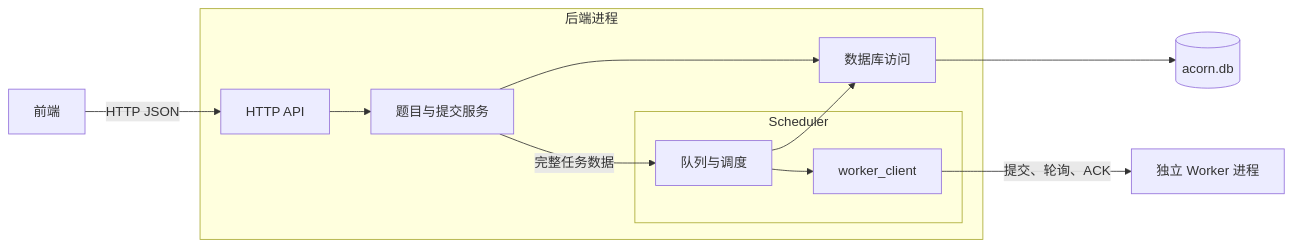
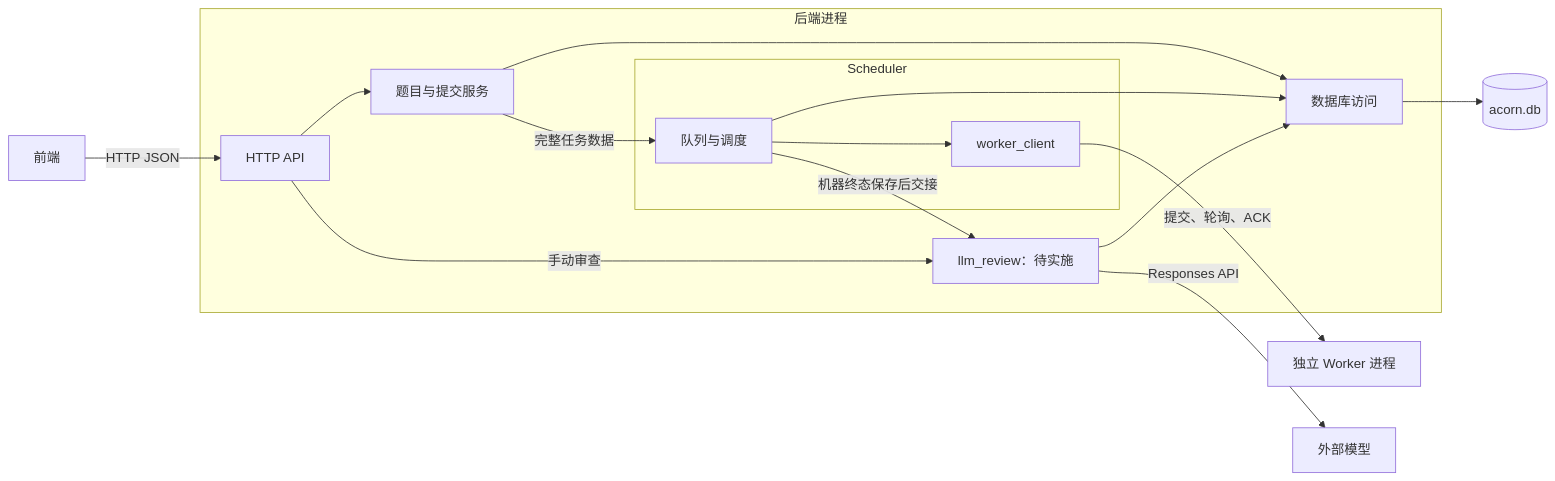
The diagram in docs/03-backend-design.md (Reto911/acorn), drawn with Mermaid before and after one commit. The commit also changed other lines of this file and 9 other files, not shown here.

````diff
--- a/docs/03-backend-design.md
+++ b/docs/03-backend-design.md
@@ -34,15 +39,19 @@
 ```mermaid
 flowchart LR
     Frontend[前端] -->|HTTP JSON| HTTP
     subgraph Backend[后端进程]
         HTTP[HTTP API] --> Service[题目与提交服务]
         Service -->|完整任务数据| Scheduler
         Service --> Database[数据库访问]
         Scheduler --> Database
+        Scheduler -->|机器终态保存后交接| Review[llm_review：待实施]
+        HTTP -->|手动审查| Review
+        Review --> Database
         subgraph Scheduling[Scheduler]
             Scheduler[队列与调度] --> Client[worker_client]
         end
     end
     Database --> SQLite[(acorn.db)]
     Client -->|提交、轮询、ACK| Worker[独立 Worker 进程]
+    Review -->|Responses API| LLM[外部模型]
 ```
````
